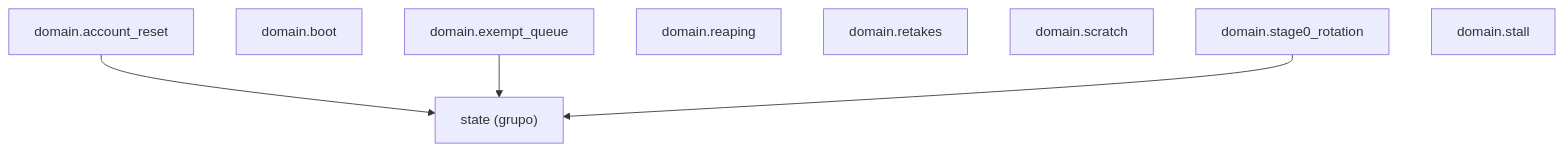
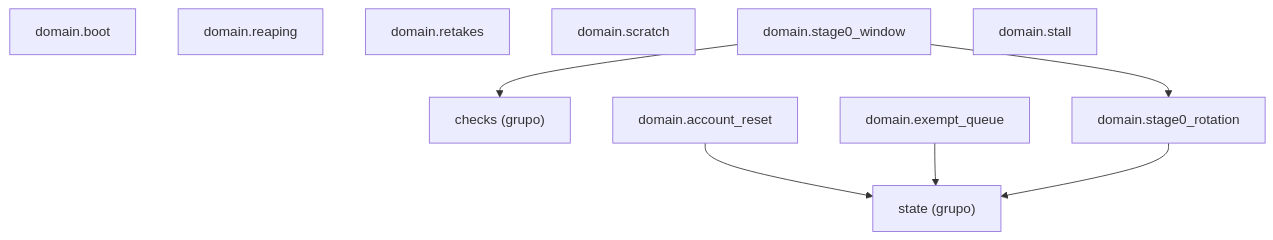
Before and after one commit to GonzaloZevallos/agentic-system: the diagram in docs/architecture/generated/packages-process-domain-machine.md, drawn with Mermaid. The commit also changed 11 other files, not shown here.

Commit message:
Register stage0_window in the docs clusters and regenerate

````diff
--- a/docs/architecture/generated/packages-process-domain-machine.md
+++ b/docs/architecture/generated/packages-process-domain-machine.md
@@ -12,15 +12,19 @@
 ```mermaid
 graph TD
+    g_domain__checks["checks (grupo)"]
     g_domain__state["state (grupo)"]
     m_domain__account_reset["domain.account_reset"]
     m_domain__boot["domain.boot"]
     m_domain__exempt_queue["domain.exempt_queue"]
     m_domain__reaping["domain.reaping"]
     m_domain__retakes["domain.retakes"]
     m_domain__scratch["domain.scratch"]
     m_domain__stage0_rotation["domain.stage0_rotation"]
+    m_domain__stage0_window["domain.stage0_window"]
     m_domain__stall["domain.stall"]
     m_domain__account_reset --> g_domain__state
     m_domain__exempt_queue --> g_domain__state
     m_domain__stage0_rotation --> g_domain__state
+    m_domain__stage0_window --> g_domain__checks
+    m_domain__stage0_window --> m_domain__stage0_rotation
 ```
````
